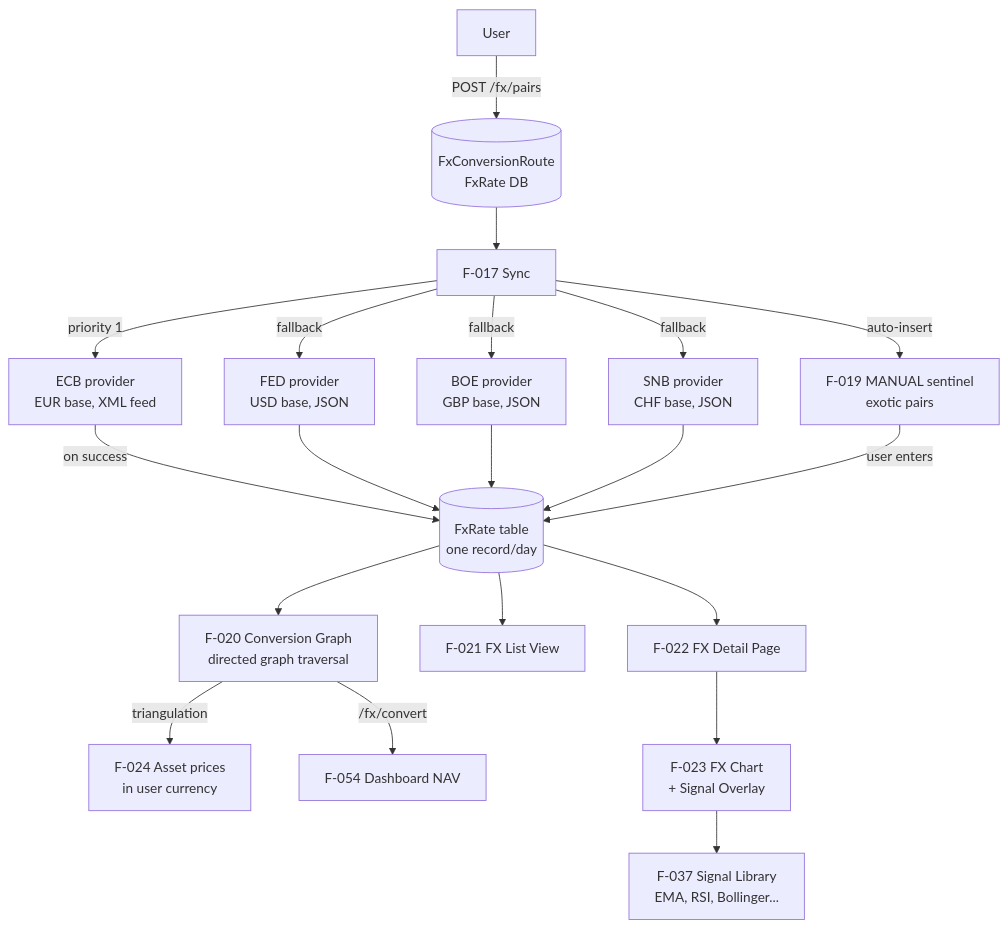
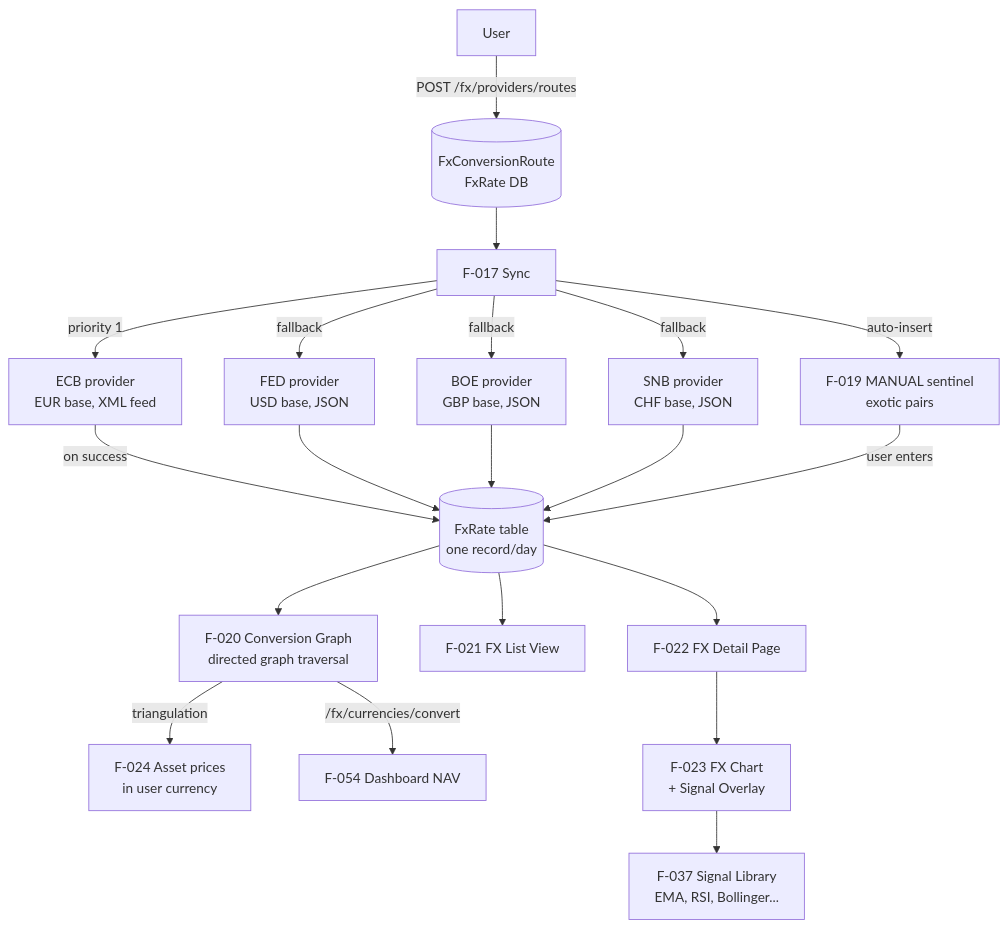
The diagram in LibreFolio_devWiki/wiki/domains/fx.md (Librefolio/LibreFolio), drawn with Mermaid before and after one commit. The commit also changed other lines of this file and 11 other files, not shown here.

````diff
--- a/LibreFolio_devWiki/wiki/domains/fx.md
+++ b/LibreFolio_devWiki/wiki/domains/fx.md
@@ -37,22 +37,22 @@
 ```mermaid
 graph TD
-    User -->|POST /fx/pairs| PairDB[(FxConversionRoute<br/>FxRate DB)]
+    User -->|POST /fx/providers/routes| PairDB[(FxConversionRoute<br/>FxRate DB)]
     PairDB --> Sync[F-017 Sync]
     Sync -->|priority 1| ECB[ECB provider<br/>EUR base, XML feed]
     Sync -->|fallback| FED[FED provider<br/>USD base, JSON]
     Sync -->|fallback| BOE[BOE provider<br/>GBP base, JSON]
     Sync -->|fallback| SNB[SNB provider<br/>CHF base, JSON]
     Sync -->|auto-insert| MANUAL[F-019 MANUAL sentinel<br/>exotic pairs]
     ECB -->|on success| RateDB[(FxRate table<br/>one record/day)]
     FED --> RateDB
     BOE --> RateDB
     SNB --> RateDB
     MANUAL -->|user enters| RateDB
     RateDB --> ConvGraph[F-020 Conversion Graph<br/>directed graph traversal]
     ConvGraph -->|triangulation| AssetPrices[F-024 Asset prices<br/>in user currency]
-    ConvGraph -->|/fx/convert| DASH[F-054 Dashboard NAV]
+    ConvGraph -->|/fx/currencies/convert| DASH[F-054 Dashboard NAV]
     RateDB --> FXList[F-021 FX List View]
     RateDB --> FXDetail[F-022 FX Detail Page]
     FXDetail --> FXChart[F-023 FX Chart<br/>+ Signal Overlay]
     FXChart --> SignalLib[F-037 Signal Library<br/>EMA, RSI, Bollinger...]
 ```
````
